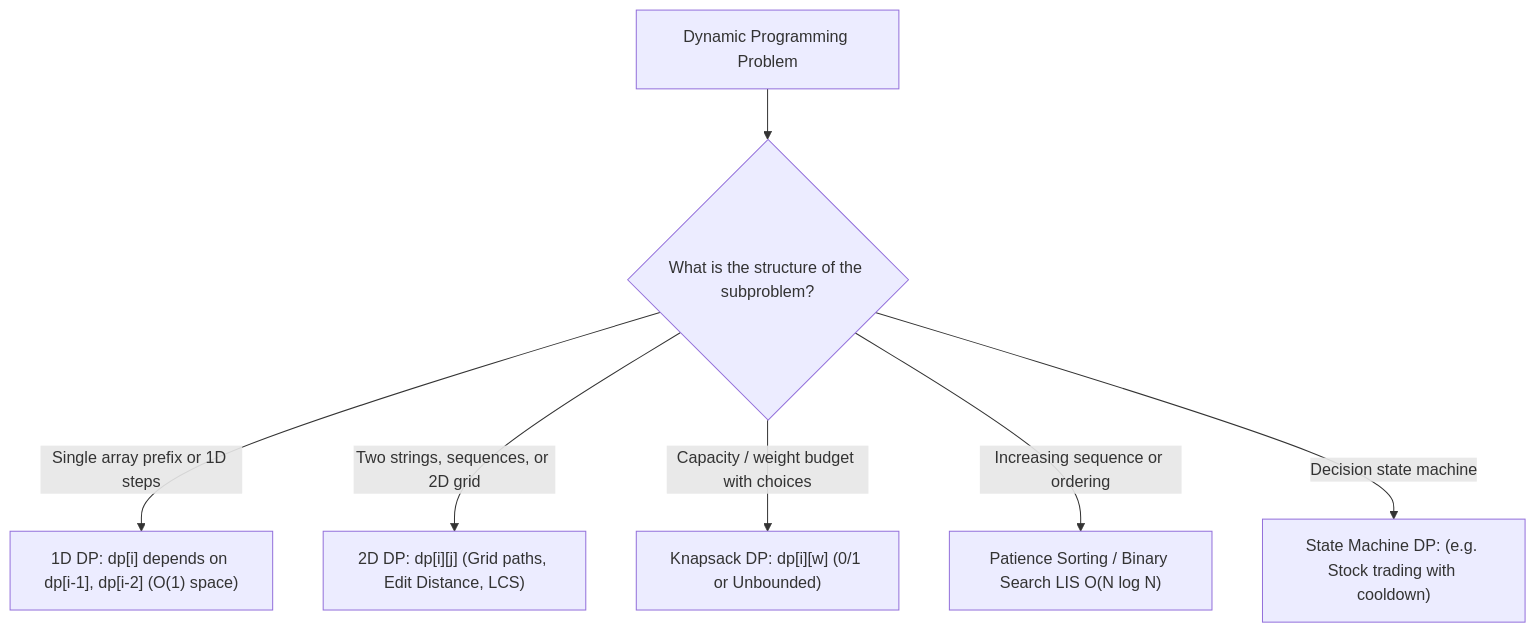
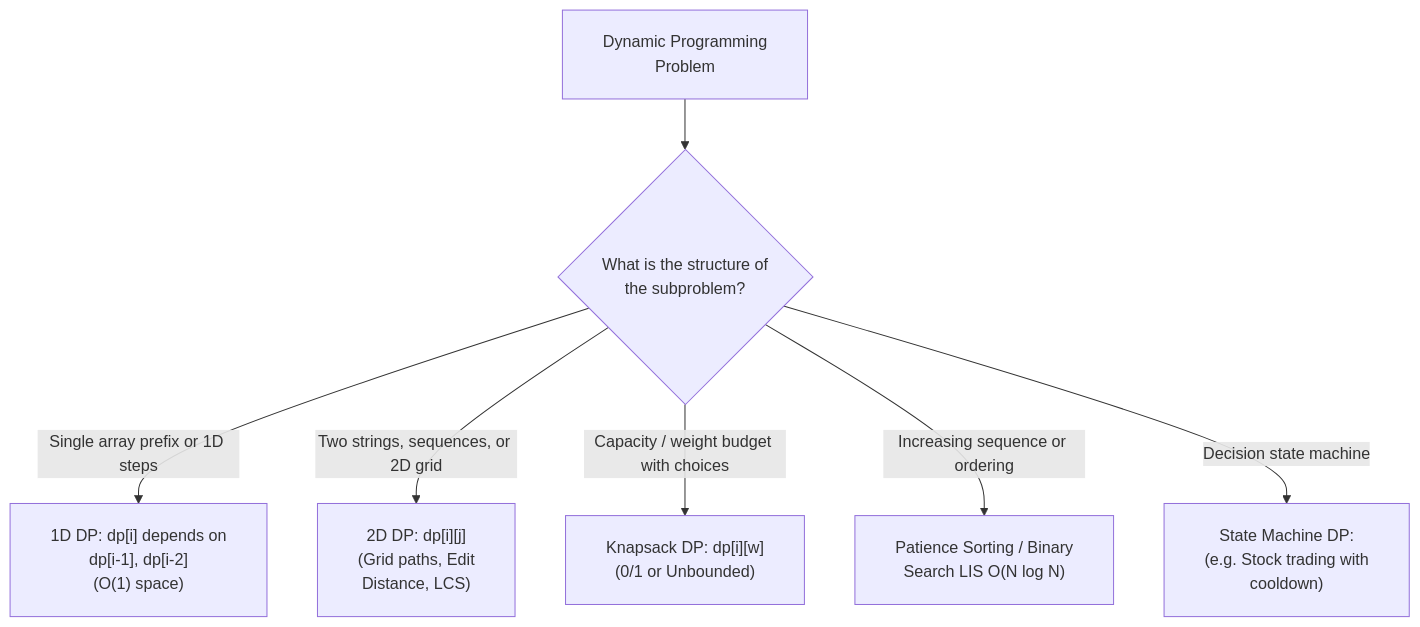
Before and after one commit to dip4k/DSA_102: the diagram in week_10_dynamic_programming_i_fundamentals/support files/Week_10_Problem_Solving_Roadmap.md, drawn with Mermaid. The commit also changed 108 other files, not shown here.

First line of the commit message:
fix(mermaid): resolve diagram clipping, padding, and syntax issues across repo

````diff
--- a/week_10_dynamic_programming_i_fundamentals/support files/Week_10_Problem_Solving_Roadmap.md
+++ b/week_10_dynamic_programming_i_fundamentals/support files/Week_10_Problem_Solving_Roadmap.md
@@ -38,9 +38,10 @@
 ```mermaid
+%%{init: {"flowchart": {"htmlLabels": true, "padding": 20}}}%%
 flowchart TD
-    Start["Dynamic Programming Problem"] --> Q1{"What is the structure of the subproblem?"}
-    Q1 -->|Single array prefix or 1D steps| P1["1D DP: dp[i] depends on dp[i-1], dp[i-2] (O(1) space)"]
-    Q1 -->|Two strings, sequences, or 2D grid| P2["2D DP: dp[i][j] (Grid paths, Edit Distance, LCS)"]
-    Q1 -->|Capacity / weight budget with choices| P3["Knapsack DP: dp[i][w] (0/1 or Unbounded)"]
-    Q1 -->|Increasing sequence or ordering| P4["Patience Sorting / Binary Search LIS O(N log N)"]
-    Q1 -->|Decision state machine| P5["State Machine DP: (e.g. Stock trading with cooldown)"]
+    Start["Dynamic Programming<br/>Problem"] --> Q1{"What is the structure of<br/>the subproblem?"}
+    Q1 -->|Single array prefix or 1D steps| P1["1D DP: dp[i] depends on<br/>dp[i-1], dp[i-2]<br/>(O(1) space)"]
+    Q1 -->|Two strings, sequences, or 2D grid| P2["2D DP: dp[i][j]<br/>(Grid paths, Edit<br/>Distance, LCS)"]
+    Q1 -->|Capacity / weight budget with choices| P3["Knapsack DP: dp[i][w]<br/>(0/1 or Unbounded)"]
+    Q1 -->|Increasing sequence or ordering| P4["Patience Sorting / Binary<br/>Search LIS O(N log N)"]
+    Q1 -->|Decision state machine| P5["State Machine DP:<br/>(e.g. Stock trading with<br/>cooldown)"]
 ```
````
